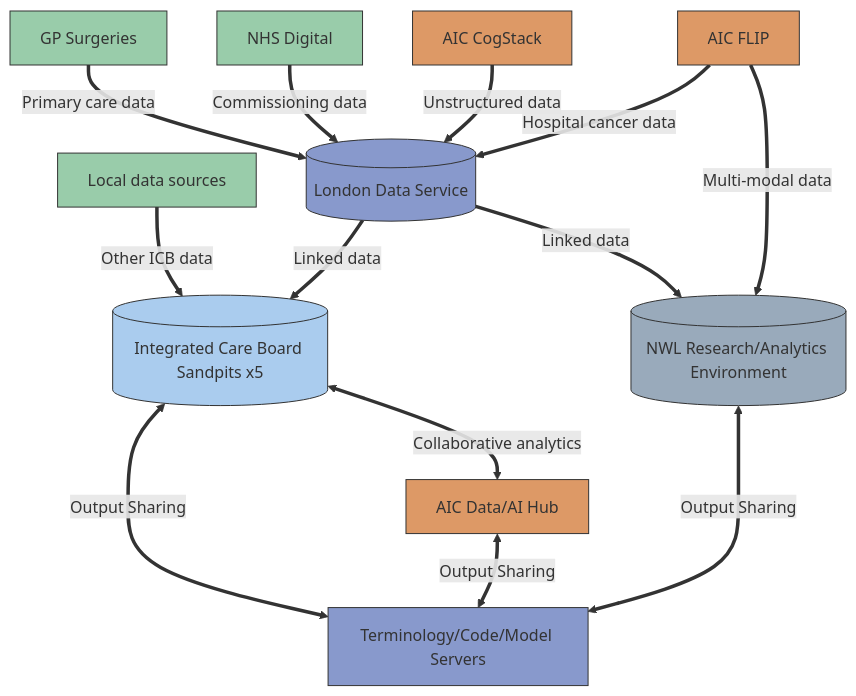
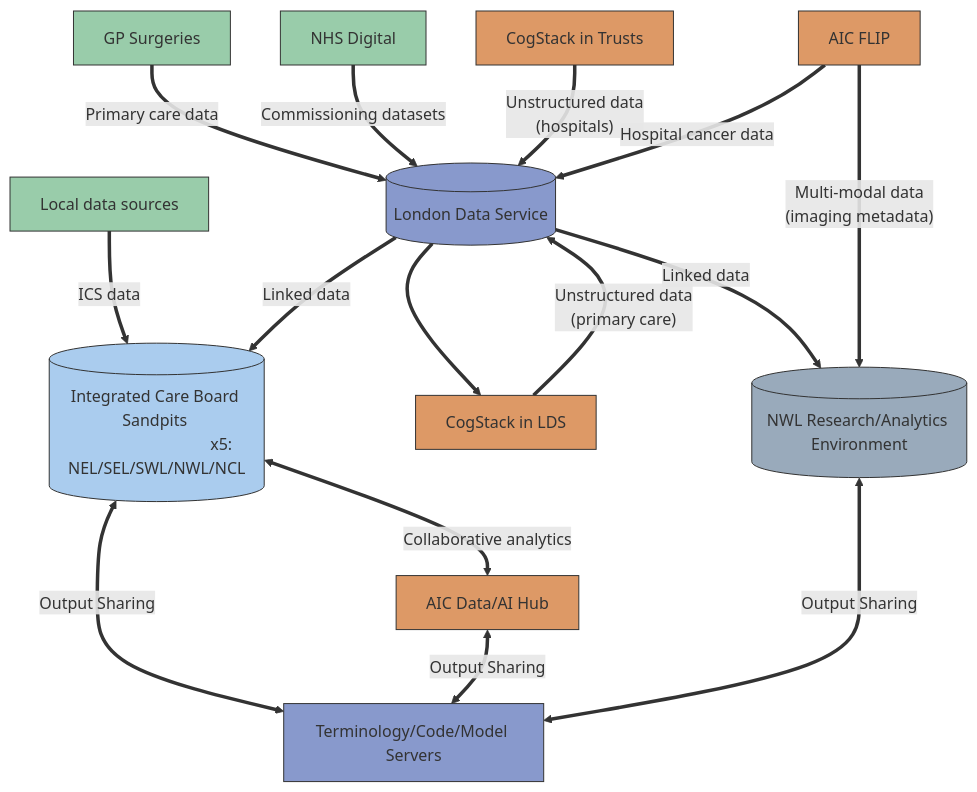
Before and after one commit to d3london/sde-aic: the first of 2 diagrams in index.qmd, drawn with Mermaid. The commit also changed other lines of this file and 10 other files, not shown here.

````diff
--- a/index.qmd
+++ b/index.qmd
@@ -36,35 +36,43 @@
 ```{mermaid}
+%%| fig-width: 5
 %%| label: fig-sde-summary
 %%| fig-cap: "Summary of SDE components and data flows. Each London ICB is provisioned with its own data/analytics environment through the LDS. FLIP = Federated Learning and Interoperability Platform."
 flowchart TD
     d1[GP Surgeries] ==>|Primary care data| LDS1[(London Data Service)]
-    d2[NHS Digital] ==>|Commissioning data| LDS1
-    d3[Local data sources] ==>|Other ICB data| ICB
-    AIC1[AIC CogStack] ==>|Unstructured data| LDS1
+    d2[NHS Digital] ==>|Commissioning datasets| LDS1
+    d3[Local data sources] ==>|ICS data| ICB
+    AIC1["CogStack in Trusts"] ==>|"Unstructured data 
+                                          (hospitals)"| LDS1
+    LDS1==> AIC1a["CogStack in LDS"]
+    AIC1a==>|"Unstructured data 
+                (primary care)"| LDS1
     LDS1 ==>|Linked data| NWL1[(NWL Research/Analytics Environment)]
-    AIC2[AIC FLIP] ==> |Multi-modal data| NWL1
-    AIC2[AIC FLIP] ==> |Hospital cancer data| LDS1
-    LDS1 ==>|Linked data| ICB[(Integrated Care Board Sandpits x5)]
+
+    AIC2["AIC FLIP"] ==> |"Multi-modal data 
+                                          (imaging metadata)"| NWL1
+    AIC2 ==> |Hospital cancer data| LDS1
+    LDS1 ==>|Linked data| ICB[("Integrated Care Board Sandpits 
+                                x5: NEL/SEL/SWL/NWL/NCL")]
 
     ICB <==>|Collaborative analytics| AIC3[AIC Data/AI Hub]
     ICB <==>|Output Sharing| LDS2[Terminology/Code/Model Servers]
     AIC3 <==>|Output Sharing| LDS2
     NWL1 <==>|Output Sharing| LDS2
 
     classDef green fill:#ab9, stroke:#333, stroke-width:1px
     classDef blue fill:#89c, stroke:#333, stroke-width:1px
     classDef bluegreen fill:#9ca, stroke:#333, stroke-width:1px
     classDef lightblue fill:#ace, stroke:#333, stroke-width:1px
     classDef red fill:#c89, stroke:#333, stroke-width:1px
     classDef lightorange fill:#ca8, stroke:#333, stroke-width:1px
     classDef orange fill:#d96, stroke:#333, stroke-width:1px
     classDef purple fill:#a9c, stroke:#333, stroke-width:1px
     classDef bluegray fill:#9ab, stroke:#333, stroke-width:1px
     classDef gray fill:#fff, stroke:#333, stroke-width:1px
 
     class LDS1,LDS2 blue
     class ICB lightblue
-    class AIC1,AIC2,AIC3 orange
+    class AIC1,AIC1a,AIC2,AIC3 orange
     class NWL1,NWL2 bluegray
     class d1,d2,d3 bluegreen
 ```
````
